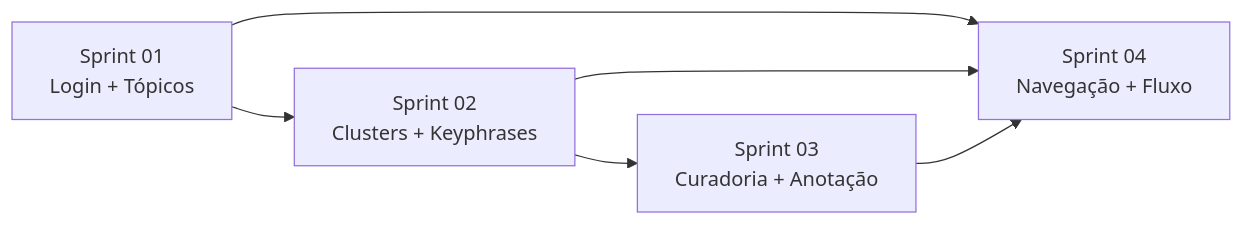
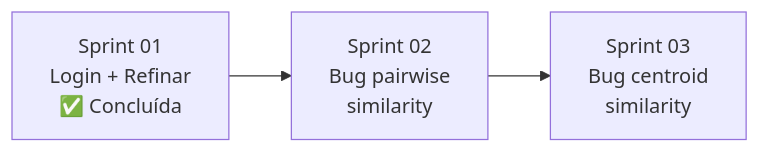
One commit to BrunoWatanabe/TCC-KPC changed the second of 2 diagrams in relatorios/plano-sprints.md. Above: the diagram before and after it, drawn with Mermaid. The commit also changed other lines of this file and 1 other file, not shown here.

````diff
--- a/relatorios/plano-sprints.md
+++ b/relatorios/plano-sprints.md
@@ -163,8 +131,5 @@
 ```mermaid
 flowchart LR
-    S1[Sprint 01<br/>Login + Tópicos] --> S2[Sprint 02<br/>Clusters + Keyphrases]
-    S2 --> S3[Sprint 03<br/>Curadoria + Anotação]
-    S1 --> S4[Sprint 04<br/>Navegação + Fluxo]
-    S2 --> S4
-    S3 --> S4
+    S1[Sprint 01<br/>Login + Refinar<br/>✅ Concluída] --> S2[Sprint 02<br/>Bug pairwise<br/>similarity]
+    S2 --> S3[Sprint 03<br/>Bug centroid<br/>similarity]
 ```
````
